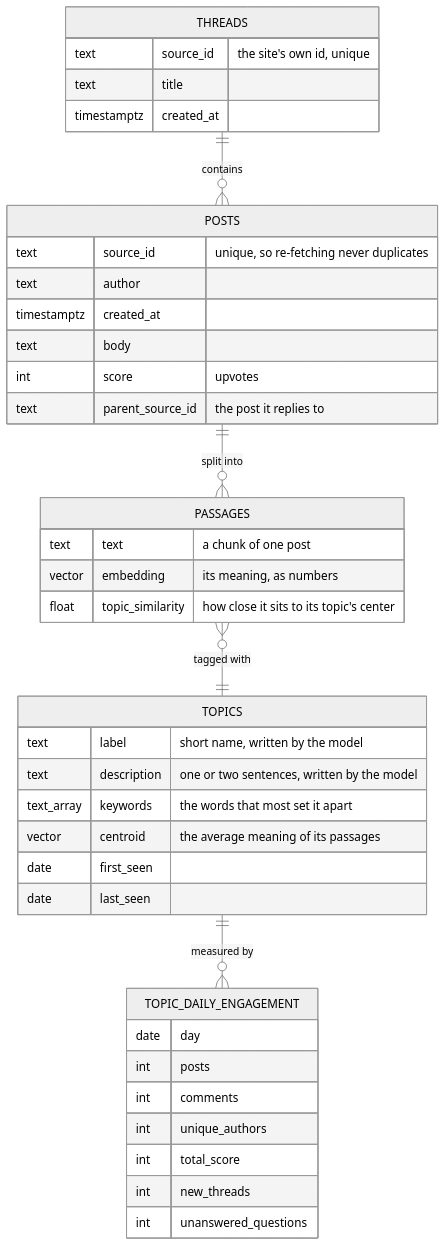
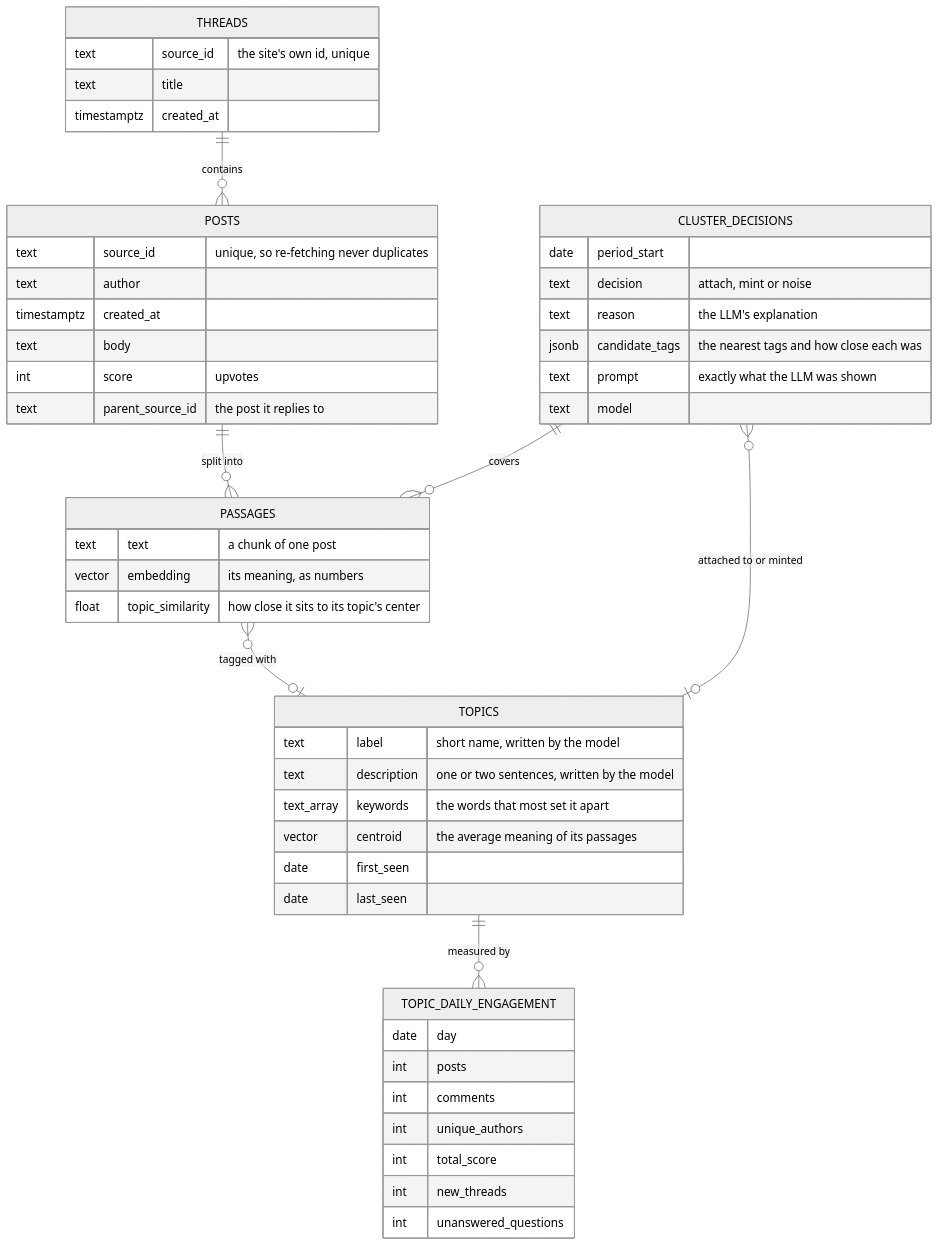
One commit to brianaderer/transcendent changed the first of 2 diagrams in docs/atlas/20-data-model/21-topics.md. Above: the diagram before and after it, drawn with Mermaid (neutral theme). The commit also changed other lines of this file and 2 other files, not shown here.

Commit message:
Atlas: 21 (draft) periodic clustering with LLM attach/mint/noise decision; OPEN-6

````diff
--- a/docs/atlas/20-data-model/21-topics.md
+++ b/docs/atlas/20-data-model/21-topics.md
@@ -17,43 +22,53 @@
 ```mermaid
 erDiagram
     THREADS ||--o{ POSTS : contains
     POSTS ||--o{ PASSAGES : "split into"
-    PASSAGES }o--|| TOPICS : "tagged with"
+    PASSAGES }o--o| TOPICS : "tagged with"
     TOPICS ||--o{ TOPIC_DAILY_ENGAGEMENT : "measured by"
+    CLUSTER_DECISIONS }o--o| TOPICS : "attached to or minted"
+    CLUSTER_DECISIONS ||--o{ PASSAGES : "covers"
 
     THREADS {
         text source_id "the site's own id, unique"
         text title
         timestamptz created_at
     }
     POSTS {
         text source_id "unique, so re-fetching never duplicates"
         text author
         timestamptz created_at
         text body
         int score "upvotes"
         text parent_source_id "the post it replies to"
     }
     PASSAGES {
         text text "a chunk of one post"
         vector embedding "its meaning, as numbers"
         float topic_similarity "how close it sits to its topic's center"
     }
     TOPICS {
         text label "short name, written by the model"
         text description "one or two sentences, written by the model"
         text_array keywords "the words that most set it apart"
         vector centroid "the average meaning of its passages"
         date first_seen
         date last_seen
     }
     TOPIC_DAILY_ENGAGEMENT {
         date day
         int posts
         int comments
         int unique_authors
         int total_score
         int new_threads
         int unanswered_questions
     }
+    CLUSTER_DECISIONS {
+        date period_start
+        text decision "attach, mint or noise"
+        text reason "the LLM's explanation"
+        jsonb candidate_tags "the nearest tags and how close each was"
+        text prompt "exactly what the LLM was shown"
+        text model
+    }
 ```
````
